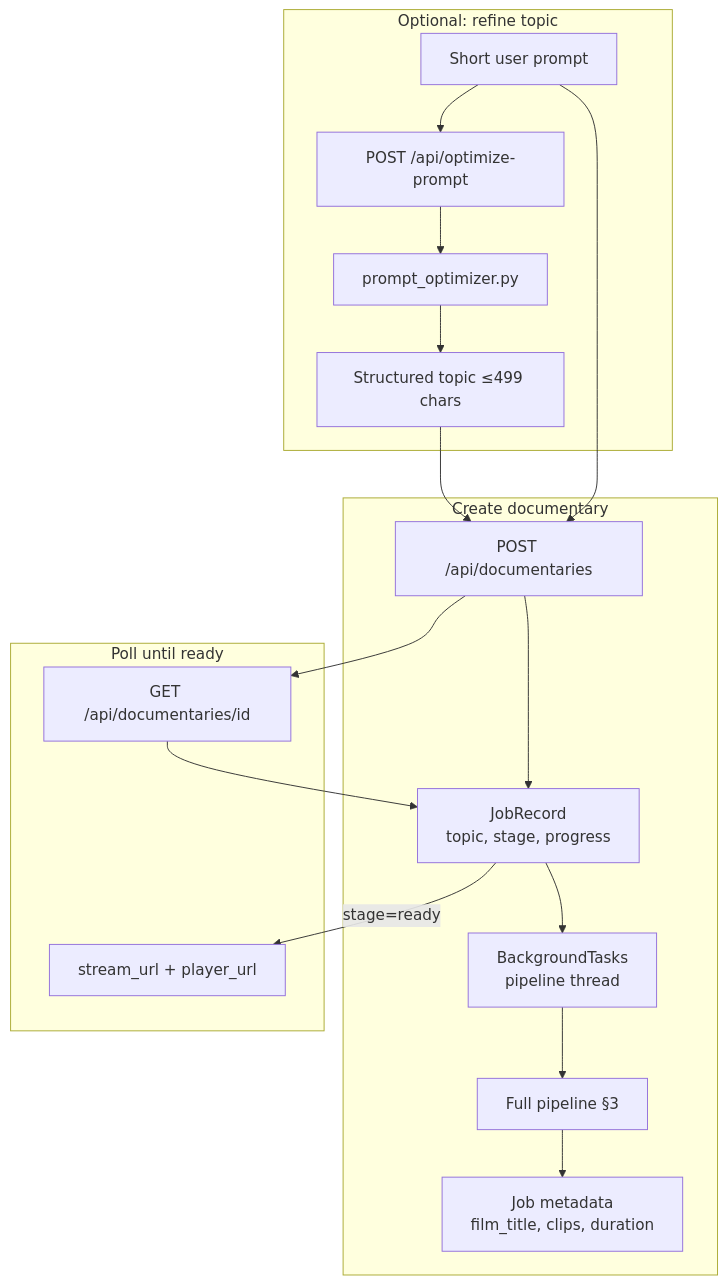
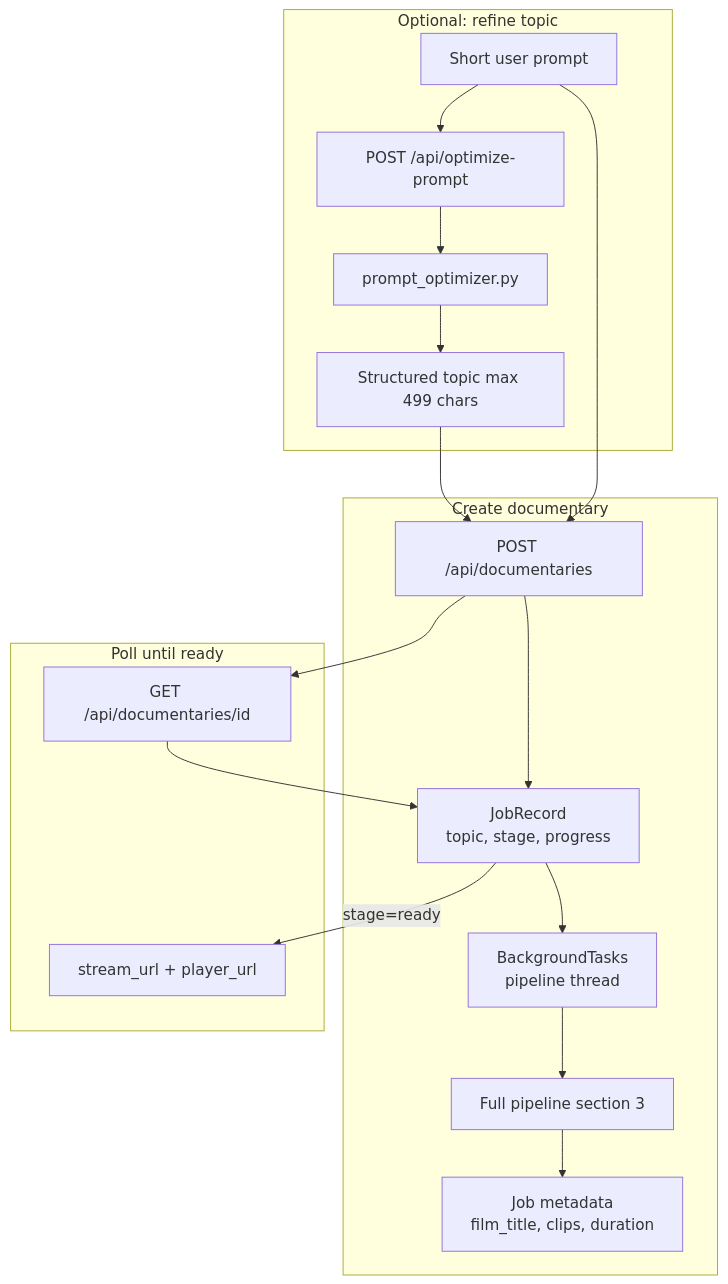
Before and after one commit to Krishan111/Continuum-Agentic_Documentary_Studio: the eighth of 9 diagrams in ARCHITECTURE.md, drawn with Mermaid. The commit also changed other lines of this file, not shown here.

Commit message:
solving a little issue in architecture.md

````diff
--- a/ARCHITECTURE.md
+++ b/ARCHITECTURE.md
@@ -326,24 +326,24 @@
 ```mermaid
 flowchart TB
   subgraph OptimizePath["Optional: refine topic"]
     T1[Short user prompt]
     T1 --> OptAPI[POST /api/optimize-prompt]
     OptAPI --> OptAgent[prompt_optimizer.py]
-    OptAgent --> T2[Structured topic ≤499 chars]
+    OptAgent --> T2["Structured topic max 499 chars"]
   end
 
   subgraph CreatePath["Create documentary"]
     T2 --> CreateAPI[POST /api/documentaries]
     T1 --> CreateAPI
     CreateAPI --> Job[JobRecord\ntopic, stage, progress]
     Job --> BG[BackgroundTasks\npipeline thread]
-    BG --> Pipeline[Full pipeline §3]
+    BG --> Pipeline["Full pipeline section 3"]
     Pipeline --> Meta[Job metadata\nfilm_title, clips, duration]
   end
 
   subgraph PollPath["Poll until ready"]
     CreateAPI --> Poll[GET /api/documentaries/id]
     Poll --> Job
     Job -->|stage=ready| Stream[stream_url + player_url]
   end
 ```
````
